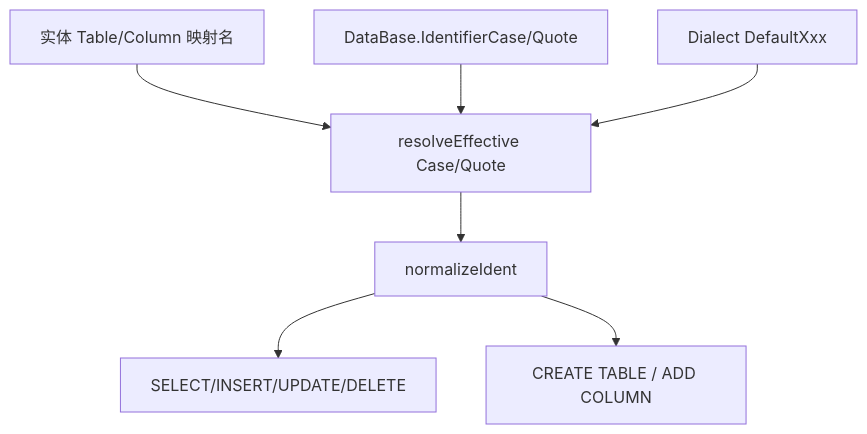
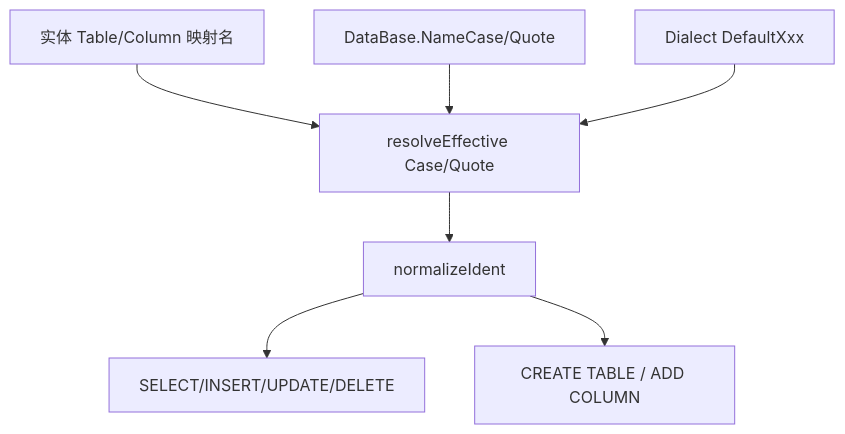
The diagram in doc/design/features/方言/标识符大小写与包裹.md (sailuosi/mooSQL), drawn with Mermaid before and after one commit. The commit also changed other lines of this file and 38 other files, not shown here.

````diff
--- a/doc/design/features/方言/标识符大小写与包裹.md
+++ b/doc/design/features/方言/标识符大小写与包裹.md
@@ -210,9 +239,9 @@
 ```mermaid
 flowchart TD
   Attr["实体 Table/Column 映射名"] --> Resolve["resolveEffective Case/Quote"]
-  Cfg["DataBase.IdentifierCase/Quote"] --> Resolve
+  Cfg["DataBase.NameCase/Quote"] --> Resolve
   Dia["Dialect DefaultXxx"] --> Resolve
   Resolve --> Norm["normalizeIdent"]
   Norm --> DML["SELECT/INSERT/UPDATE/DELETE"]
   Norm --> DDL["CREATE TABLE / ADD COLUMN"]
 ```
````
